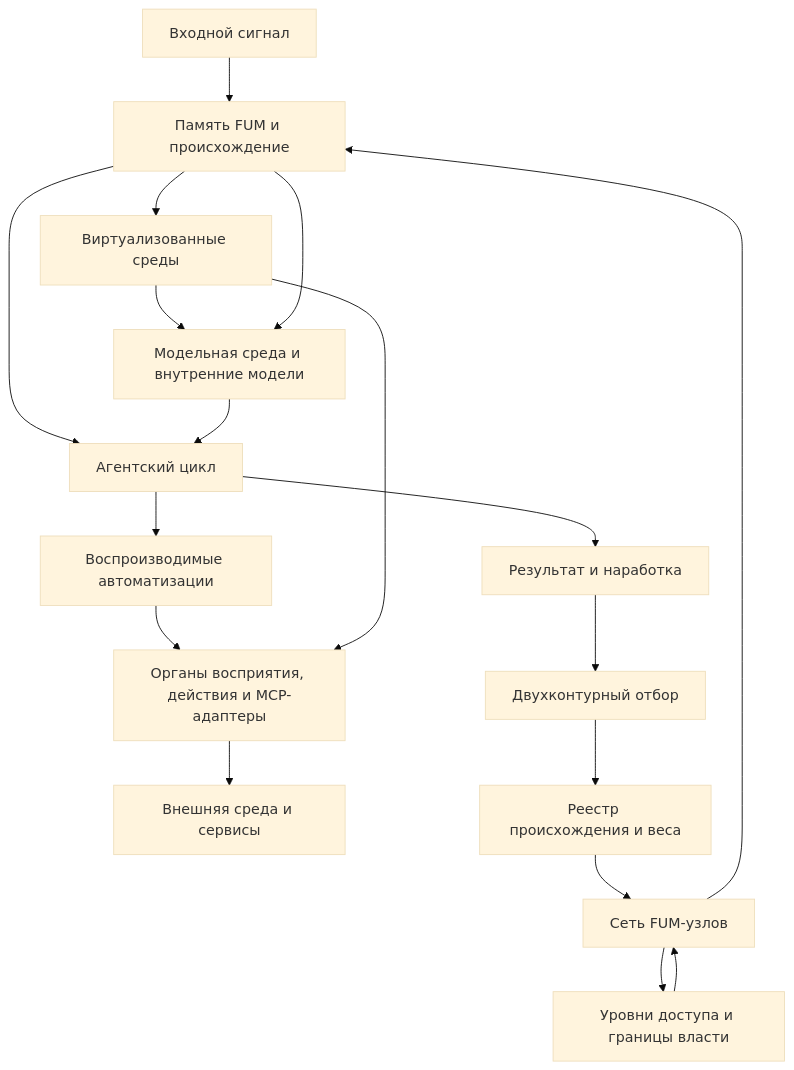
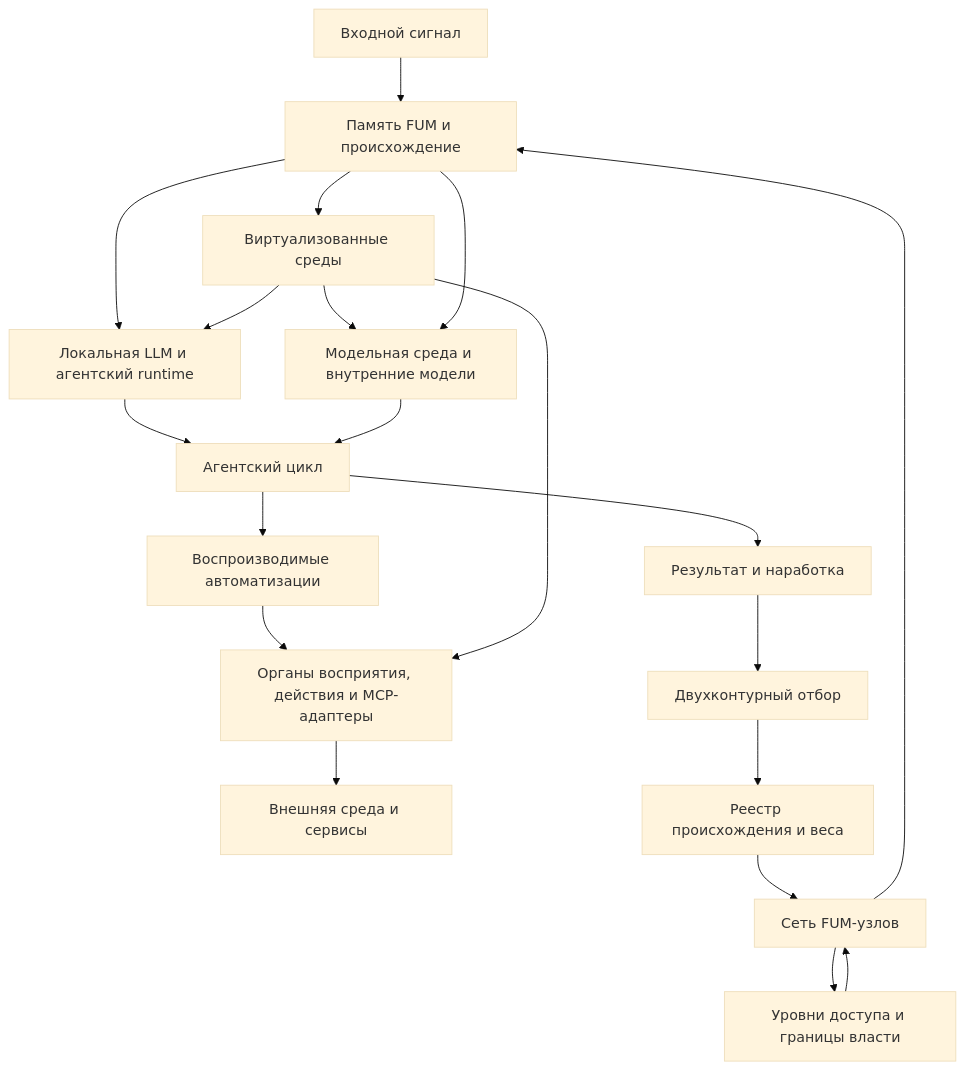
One commit to fum-lab/fum changed the diagram in Документация/22-архитектура-FUM.md. Above: the diagram before and after it, drawn with Mermaid (base theme). The commit also changed other lines of this file and 14 other files, not shown here.

````diff
--- a/Документация/22-архитектура-FUM.md
+++ b/Документация/22-архитектура-FUM.md
@@ -42,20 +45,22 @@
 ```mermaid
 flowchart TD
     input["Входной сигнал"] --> memory["Память FUM и происхождение"]
-    memory --> cycle["Агентский цикл"]
+    memory --> local_runtime["Локальная LLM и агентский runtime"]
+    local_runtime --> cycle["Агентский цикл"]
     cycle --> automations["Воспроизводимые автоматизации"]
     automations --> adapters["Органы восприятия, действия и MCP-адаптеры"]
     adapters --> world["Внешняя среда и сервисы"]
     memory --> virtual["Виртуализованные среды"]
+    virtual --> local_runtime
     virtual --> adapters
     virtual --> model
     memory --> model["Модельная среда и внутренние модели"]
     model --> cycle
     cycle --> result["Результат и наработка"]
     result --> selection["Двухконтурный отбор"]
     selection --> registry["Реестр происхождения и веса"]
     registry --> network["Сеть FUM-узлов"]
     network --> memory
     network --> access["Уровни доступа и границы власти"]
     access --> network
 ```
````
